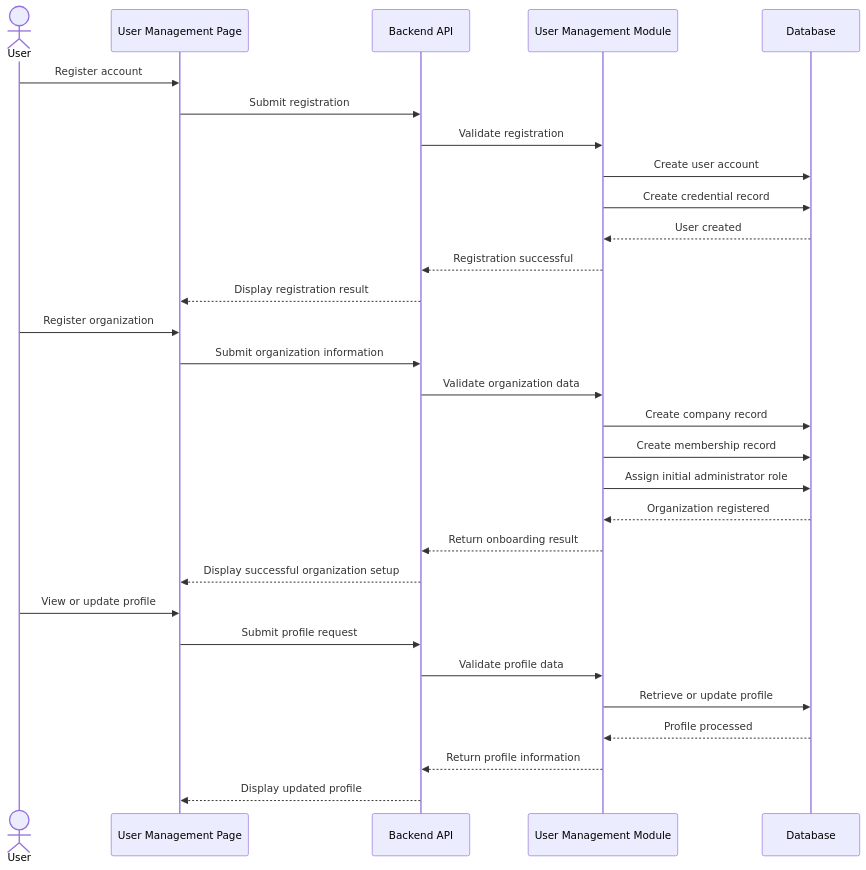
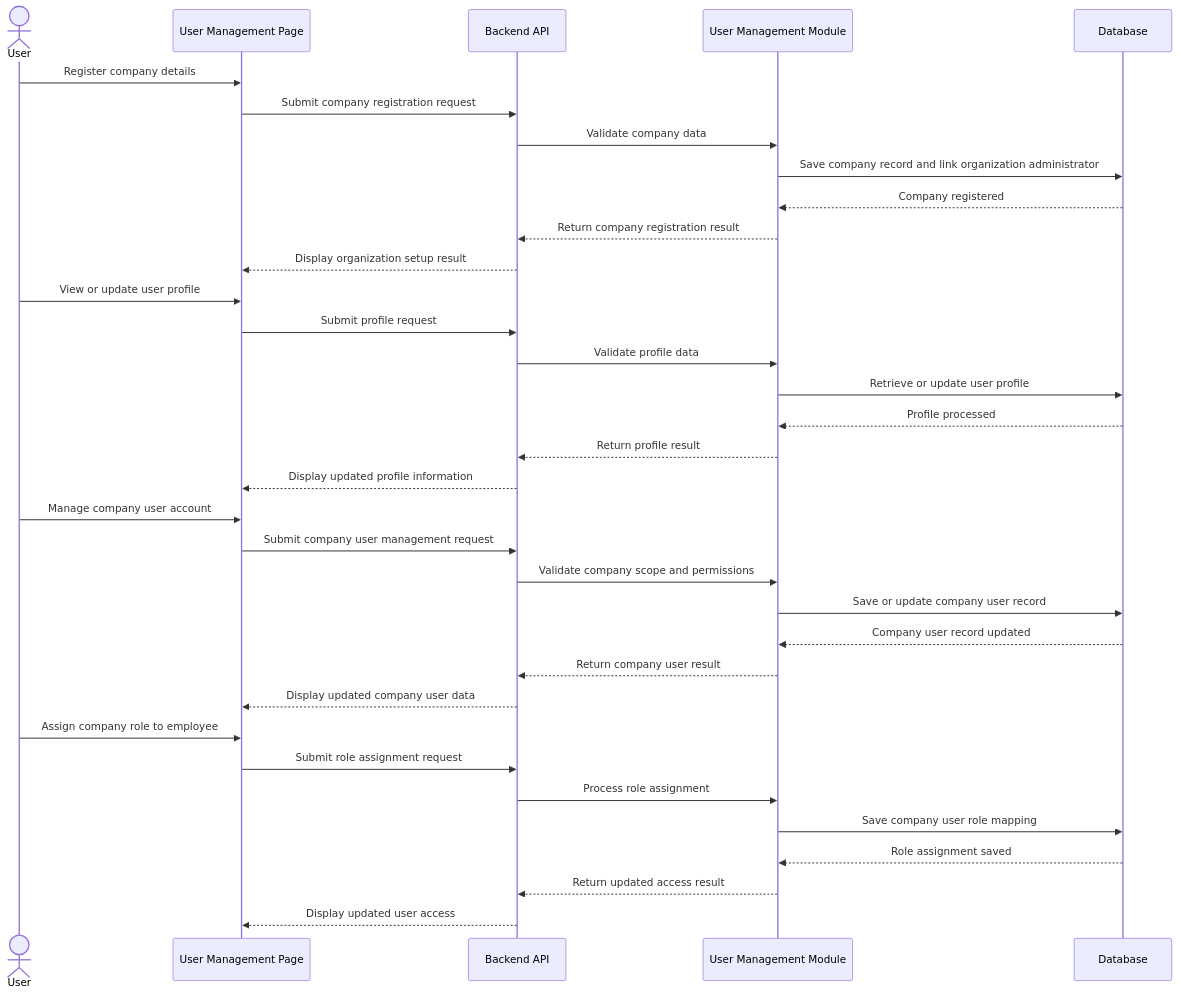
One commit to Wiii-1/New_LINAW changed the second of 12 diagrams in docs/architecture/Low_Level_Design.md. Above: the diagram before and after it, drawn with Mermaid. The commit also changed other lines of this file and 227 other files, not shown here.

````diff
--- a/docs/architecture/Low_Level_Design.md
+++ b/docs/architecture/Low_Level_Design.md
@@ -422,35 +478,40 @@
 ```mermaid
 sequenceDiagram
     actor User
     participant UI as User Management Page
     participant API as Backend API
     participant UM as User Management Module
     participant DB as Database
 
-    User->>UI: Register account
-    UI->>API: Submit registration
-    API->>UM: Validate registration
-    UM->>DB: Create user account
-    UM->>DB: Create credential record
-    DB-->>UM: User created
-    UM-->>API: Registration successful
-    API-->>UI: Display registration result
+    User->>UI: Register company details
+    UI->>API: Submit company registration request
+    API->>UM: Validate company data
+    UM->>DB: Save company record and link organization administrator
+    DB-->>UM: Company registered
+    UM-->>API: Return company registration result
+    API-->>UI: Display organization setup result
 
-    User->>UI: Register organization
-    UI->>API: Submit organization information
-    API->>UM: Validate organization data
-    UM->>DB: Create company record
-    UM->>DB: Create membership record
-    UM->>DB: Assign initial administrator role
-    DB-->>UM: Organization registered
-    UM-->>API: Return onboarding result
-    API-->>UI: Display successful organization setup
-
-    User->>UI: View or update profile
+    User->>UI: View or update user profile
     UI->>API: Submit profile request
     API->>UM: Validate profile data
-    UM->>DB: Retrieve or update profile
+    UM->>DB: Retrieve or update user profile
     DB-->>UM: Profile processed
-    UM-->>API: Return profile information
-    API-->>UI: Display updated profile
+    UM-->>API: Return profile result
+    API-->>UI: Display updated profile information
+
+    User->>UI: Manage company user account
+    UI->>API: Submit company user management request
+    API->>UM: Validate company scope and permissions
+    UM->>DB: Save or update company user record
+    DB-->>UM: Company user record updated
+    UM-->>API: Return company user result
+    API-->>UI: Display updated company user data
+
+    User->>UI: Assign company role to employee
+    UI->>API: Submit role assignment request
+    API->>UM: Process role assignment
+    UM->>DB: Save company user role mapping
+    DB-->>UM: Role assignment saved
+    UM-->>API: Return updated access result
+    API-->>UI: Display updated user access
 ```
````
